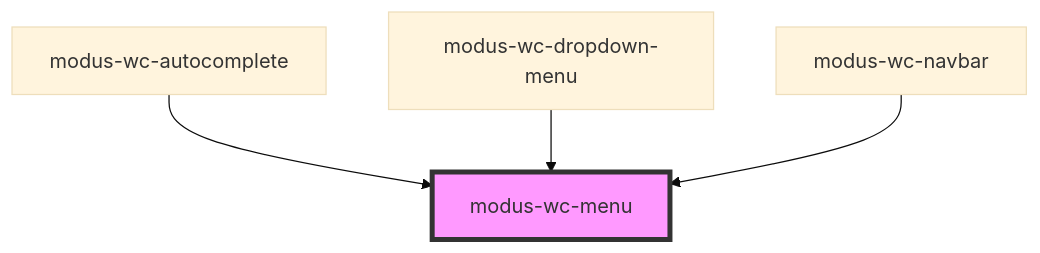
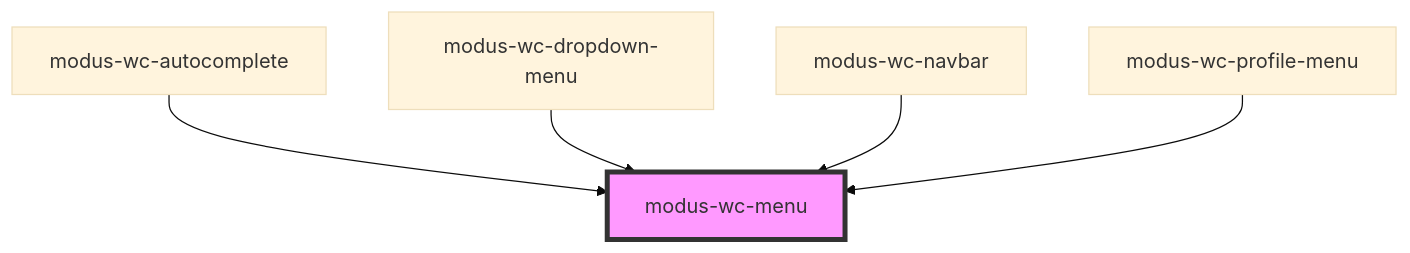
Before and after one commit to trimble-oss/modus-wc-2.0: the diagram in src/components/modus-wc-menu/readme.md, drawn with Mermaid (base theme). The commit also changed other lines of this file and 26 other files, not shown here.

````diff
--- a/src/components/modus-wc-menu/readme.md
+++ b/src/components/modus-wc-menu/readme.md
@@ -41,7 +42,8 @@
 ```mermaid
 graph TD;
   modus-wc-autocomplete --> modus-wc-menu
   modus-wc-dropdown-menu --> modus-wc-menu
   modus-wc-navbar --> modus-wc-menu
+  modus-wc-profile-menu --> modus-wc-menu
   style modus-wc-menu fill:#f9f,stroke:#333,stroke-width:4px
 ```
````
